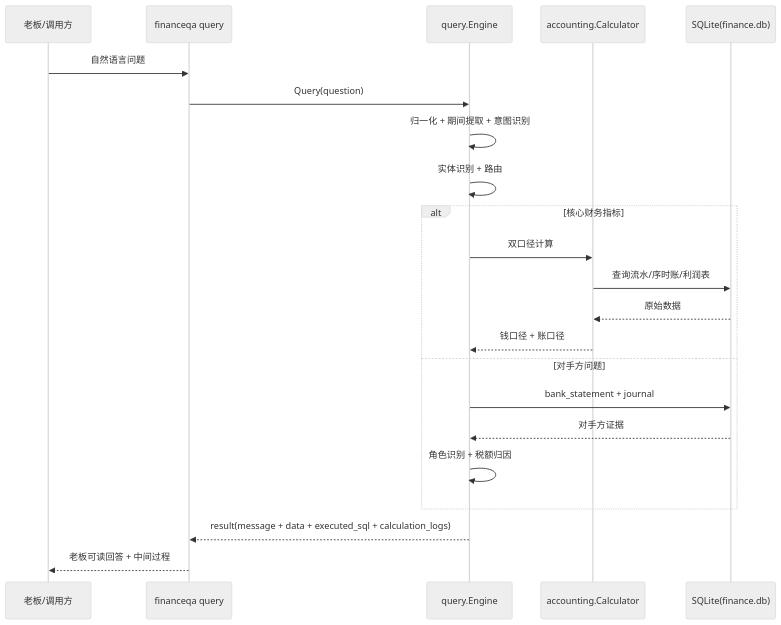
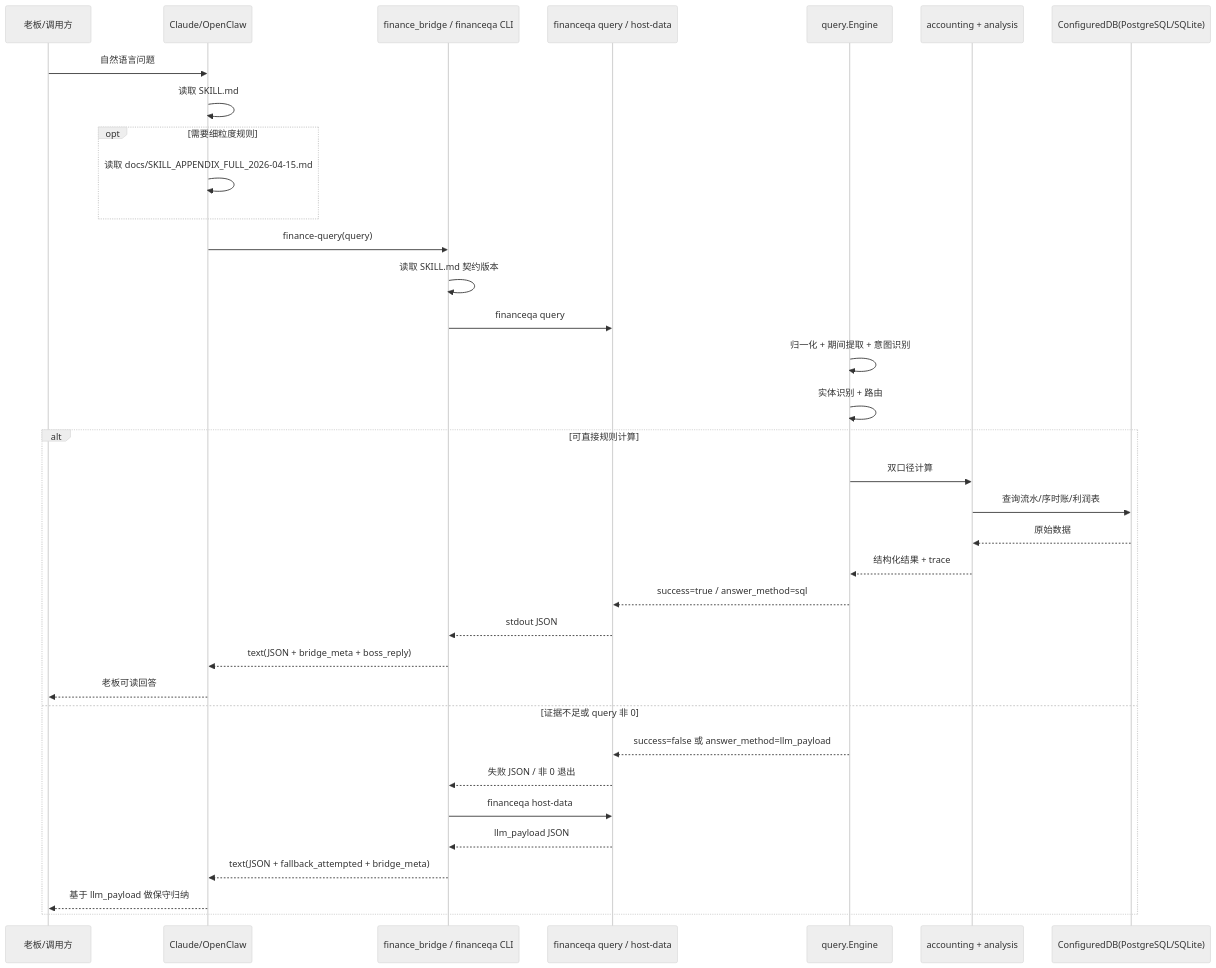
The diagram in docs/architecture/02-query-sequence.md (Asklear/finance_qa), drawn with Mermaid (neutral theme) before and after one commit. The commit also changed other lines of this file and 11 other files, not shown here.

Commit message:
docs: align skill contracts and OpenClaw packaging

````diff
--- a/docs/architecture/02-query-sequence.md
+++ b/docs/architecture/02-query-sequence.md
@@ -3,25 +3,38 @@
 ```mermaid
 sequenceDiagram
     participant Boss as 老板/调用方
-    participant CLI as financeqa query
+    participant Host as Claude/OpenClaw
+    participant Bridge as finance_bridge / financeqa CLI
+    participant CLI as financeqa query / host-data
     participant Eng as query.Engine
-    participant Calc as accounting.Calculator
-    participant DB as SQLite(finance.db)
+    participant Calc as accounting + analysis
+    participant DB as ConfiguredDB(PostgreSQL/SQLite)
 
-    Boss->>CLI: 自然语言问题
-    CLI->>Eng: Query(question)
+    Boss->>Host: 自然语言问题
+    Host->>Host: 读取 SKILL.md
+    opt 需要细粒度规则
+        Host->>Host: 读取 docs/SKILL_APPENDIX_FULL_2026-04-15.md
+    end
+    Host->>Bridge: finance-query(query)
+    Bridge->>Bridge: 读取 SKILL.md 契约版本
+    Bridge->>CLI: financeqa query
     Eng->>Eng: 归一化 + 期间提取 + 意图识别
     Eng->>Eng: 实体识别 + 路由
-    alt 核心财务指标
+    alt 可直接规则计算
         Eng->>Calc: 双口径计算
         Calc->>DB: 查询流水/序时账/利润表
         DB-->>Calc: 原始数据
-        Calc-->>Eng: 钱口径 + 账口径
-    else 对手方问题
-        Eng->>DB: bank_statement + journal
-        DB-->>Eng: 对手方证据
-        Eng->>Eng: 角色识别 + 税额归因
+        Calc-->>Eng: 结构化结果 + trace
+        Eng-->>CLI: success=true / answer_method=sql
+        CLI-->>Bridge: stdout JSON
+        Bridge-->>Host: text(JSON + bridge_meta + boss_reply)
+        Host-->>Boss: 老板可读回答
+    else 证据不足或 query 非 0
+        Eng-->>CLI: success=false 或 answer_method=llm_payload
+        CLI-->>Bridge: 失败 JSON / 非 0 退出
+        Bridge->>CLI: financeqa host-data
+        CLI-->>Bridge: llm_payload JSON
+        Bridge-->>Host: text(JSON + fallback_attempted + bridge_meta)
+        Host-->>Boss: 基于 llm_payload 做保守归纳
     end
-    Eng-->>CLI: result(message + data + executed_sql + calculation_logs)
-    CLI-->>Boss: 老板可读回答 + 中间过程
 ```
````
